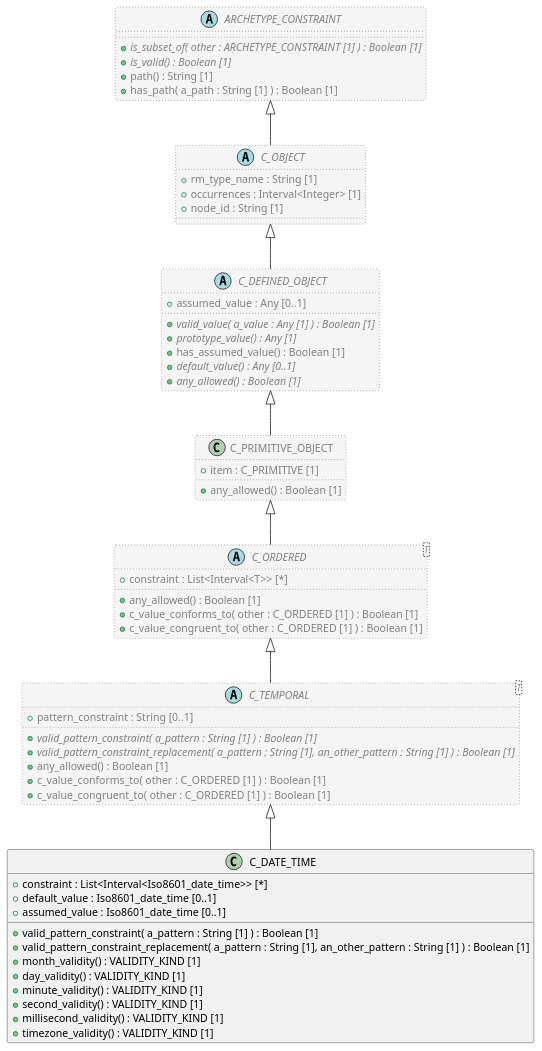
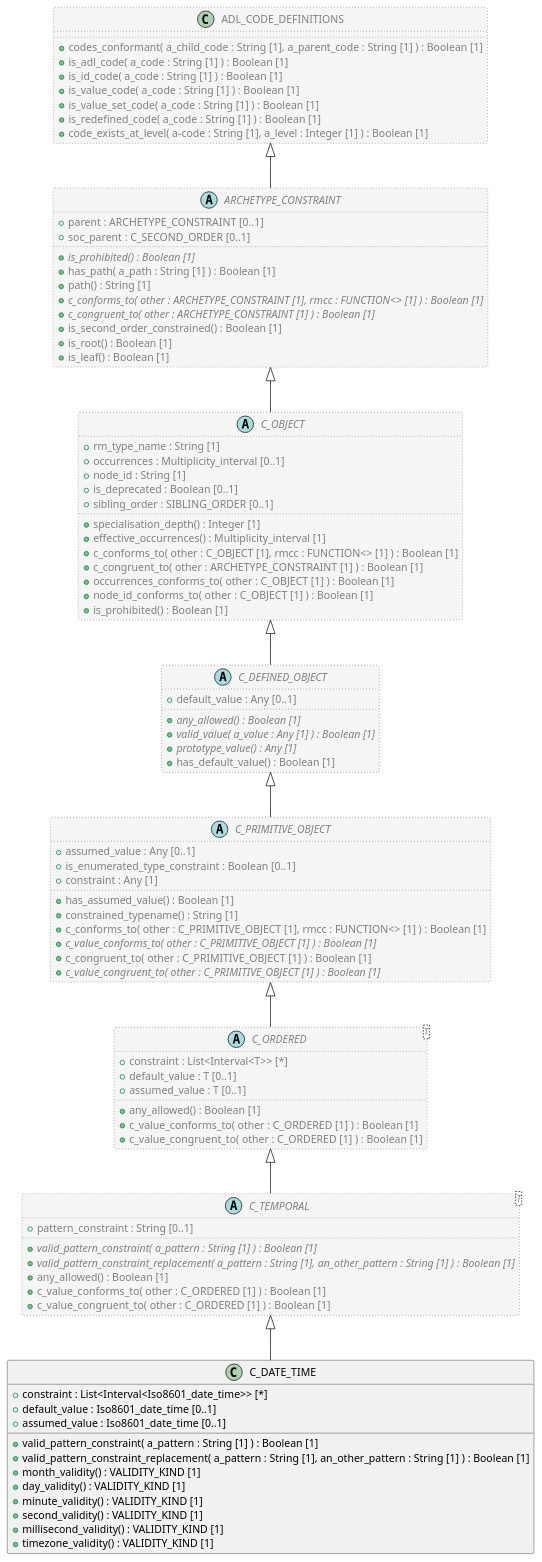
Before and after one commit to sebastian-iancu/code-generator: the diagram in code/Adoc/openehr_am_2.4.0/plantUML/classes/org.openehr.am.aom2.c_date_time.adoc, drawn with PlantUML. The commit also changed 719 other files, not shown here.

```diff
--- a/code/Adoc/openehr_am_2.4.0/plantUML/classes/org.openehr.am.aom2.c_date_time.adoc
+++ b/code/Adoc/openehr_am_2.4.0/plantUML/classes/org.openehr.am.aom2.c_date_time.adoc
@@ -27,37 +27,72 @@
 
 abstract class C_ORDERED <T>  #whitesmoke;line:gray;line.dotted;text:gray {
   + constraint : List<Interval<T>> [*]
+  + default_value : T [0..1]
+  + assumed_value : T [0..1]
   + any_allowed() : Boolean [1]
   + c_value_conforms_to( other : C_ORDERED [1] ) : Boolean [1]
   + c_value_congruent_to( other : C_ORDERED [1] ) : Boolean [1]
 }
 
-class C_PRIMITIVE_OBJECT  #whitesmoke;line:gray;line.dotted;text:gray {
-  + item : C_PRIMITIVE [1]
-  + any_allowed() : Boolean [1]
+abstract class C_PRIMITIVE_OBJECT  #whitesmoke;line:gray;line.dotted;text:gray {
+  + assumed_value : Any [0..1]
+  + is_enumerated_type_constraint : Boolean [0..1]
+  + constraint : Any [1]
+  + has_assumed_value() : Boolean [1]
+  + constrained_typename() : String [1]
+  + c_conforms_to( other : C_PRIMITIVE_OBJECT [1], rmcc : FUNCTION<> [1] ) : Boolean [1]
+  + {abstract} c_value_conforms_to( other : C_PRIMITIVE_OBJECT [1] ) : Boolean [1]
+  + c_congruent_to( other : C_PRIMITIVE_OBJECT [1] ) : Boolean [1]
+  + {abstract} c_value_congruent_to( other : C_PRIMITIVE_OBJECT [1] ) : Boolean [1]
 }
 
 abstract class C_DEFINED_OBJECT  #whitesmoke;line:gray;line.dotted;text:gray {
-  + assumed_value : Any [0..1]
+  + default_value : Any [0..1]
+  + {abstract} any_allowed() : Boolean [1]
   + {abstract} valid_value( a_value : Any [1] ) : Boolean [1]
   + {abstract} prototype_value() : Any [1]
-  + has_assumed_value() : Boolean [1]
-  + {abstract} default_value() : Any [0..1]
-  + {abstract} any_allowed() : Boolean [1]
+  + has_default_value() : Boolean [1]
 }
 
 abstract class C_OBJECT  #whitesmoke;line:gray;line.dotted;text:gray {
   + rm_type_name : String [1]
-  + occurrences : Interval<Integer> [1]
+  + occurrences : Multiplicity_interval [0..1]
   + node_id : String [1]
+  + is_deprecated : Boolean [0..1]
+  + sibling_order : SIBLING_ORDER [0..1]
+  + specialisation_depth() : Integer [1]
+  + effective_occurrences() : Multiplicity_interval [1]
+  + c_conforms_to( other : C_OBJECT [1], rmcc : FUNCTION<> [1] ) : Boolean [1]
+  + c_congruent_to( other : ARCHETYPE_CONSTRAINT [1] ) : Boolean [1]
+  + occurrences_conforms_to( other : C_OBJECT [1] ) : Boolean [1]
+  + node_id_conforms_to( other : C_OBJECT [1] ) : Boolean [1]
+  + is_prohibited() : Boolean [1]
 }
 
 abstract class ARCHETYPE_CONSTRAINT  #whitesmoke;line:gray;line.dotted;text:gray {
-  + {abstract} is_subset_of( other : ARCHETYPE_CONSTRAINT [1] ) : Boolean [1]
-  + {abstract} is_valid() : Boolean [1]
+  + parent : ARCHETYPE_CONSTRAINT [0..1]
+  + soc_parent : C_SECOND_ORDER [0..1]
+  + {abstract} is_prohibited() : Boolean [1]
+  + has_path( a_path : String [1] ) : Boolean [1]
   + path() : String [1]
-  + has_path( a_path : String [1] ) : Boolean [1]
+  + {abstract} c_conforms_to( other : ARCHETYPE_CONSTRAINT [1], rmcc : FUNCTION<> [1] ) : Boolean [1]
+  + {abstract} c_congruent_to( other : ARCHETYPE_CONSTRAINT [1] ) : Boolean [1]
+  + is_second_order_constrained() : Boolean [1]
+  + is_root() : Boolean [1]
+  + is_leaf() : Boolean [1]
 }
+
+class ADL_CODE_DEFINITIONS  #whitesmoke;line:gray;line.dotted;text:gray {
+  + codes_conformant( a_child_code : String [1], a_parent_code : String [1] ) : Boolean [1]
+  + is_adl_code( a_code : String [1] ) : Boolean [1]
+  + is_id_code( a_code : String [1] ) : Boolean [1]
+  + is_value_code( a_code : String [1] ) : Boolean [1]
+  + is_value_set_code( a_code : String [1] ) : Boolean [1]
+  + is_redefined_code( a_code : String [1] ) : Boolean [1]
+  + code_exists_at_level( a-code : String [1], a_level : Integer [1] ) : Boolean [1]
+}
+
+ADL_CODE_DEFINITIONS <|-- ARCHETYPE_CONSTRAINT
 
 ARCHETYPE_CONSTRAINT <|-- C_OBJECT
 
```
